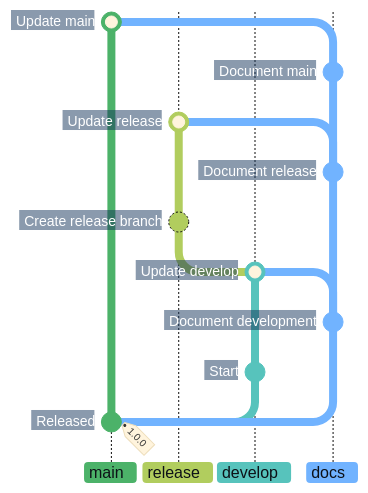
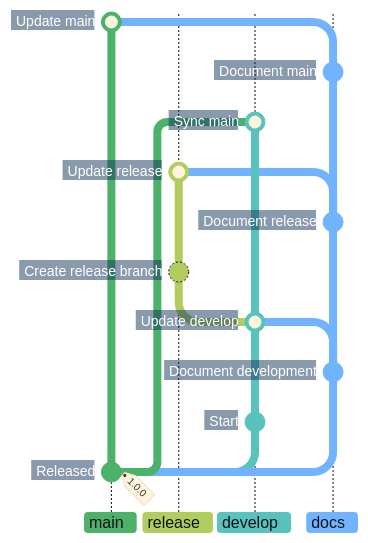
Before and after one commit to superhero/operations.superduper.solutions: the third of 3 diagrams in docs/adr/cicd.md, drawn with Mermaid. The commit also changed other lines of this file, not shown here.

Commit message:
docs: show main synchronization between documentation merges

````diff
--- a/docs/adr/cicd.md
+++ b/docs/adr/cicd.md
@@ -124,29 +126,31 @@
 ```mermaid
 %%{init: {"theme": "base", "themeCSS": "line.branch { stroke: #8B949E; stroke-width: 1px; stroke-dasharray: 1 4; stroke-linecap: round; } .branchLabel, .tag-label { font-weight: 700; } .tag-label-bkg, .commit-label-bkg { opacity: 0.9; } .tag-label-bkg { fill: #B8E6C4; stroke: #8ED3A2; } .branchLabelBkg { opacity: 1; clip-path: inset(0 8px 0 0 round 4px) fill-box; } .commit-labels g:nth-last-of-type(-n+2) { visibility: hidden; } .commit-labels g { transform-box: fill-box; transform-origin: calc(100% + 17px) calc(50% + 2px); transform: rotate(-10deg); } .commit-label { font-weight: 700; transform: translateX(-8px); } .commit-label-bkg { stroke: #17365D; stroke-width: 20px; transform: translateX(-5px); clip-path: polygon(-4px -4px, calc(100% + 4px) -4px, calc(100% + 10px) 50%, calc(100% + 4px) calc(100% + 4px), -4px calc(100% + 4px)) fill-box; } .commit.branch { stroke: #B1CD5E; stroke-dasharray: none; }", "gitGraph": {"showCommitLabel": true, "rotateCommitLabel": false}, "themeVariables": {
     "commitLabelFontSize": "14px", "commitLabelColor": "#FFFFFF", "commitLabelBackground": "#17365D",
     "git0": "#4CB269", "gitBranchLabel0": "#0D1117",
     "git1": "#B1CD5E", "gitBranchLabel1": "#0D1117",
     "git2": "#57C3BC", "gitBranchLabel2": "#0D1117",
     "git3": "#71B3FF", "gitBranchLabel3": "#0D1117"
 }}}%%
 gitGraph BT:
     %% Hide the two initial notes while retaining their branch connections.
     commit id: "Released" tag: "1.0.0"
     branch develop order: 2
     commit id: "Start"
     checkout main
     branch docs order: 3
     commit id: "Document development"
     checkout develop
     merge docs id: "Update develop"
     branch release order: 1
     commit id: "Create release branch"
     checkout docs
     commit id: "Document release"
     checkout release
     merge docs id: "Update release"
+    checkout develop
+    merge main id: "Sync main"
     checkout docs
     commit id: "Document main"
     checkout main
     merge docs id: "Update main"
 ```
````
